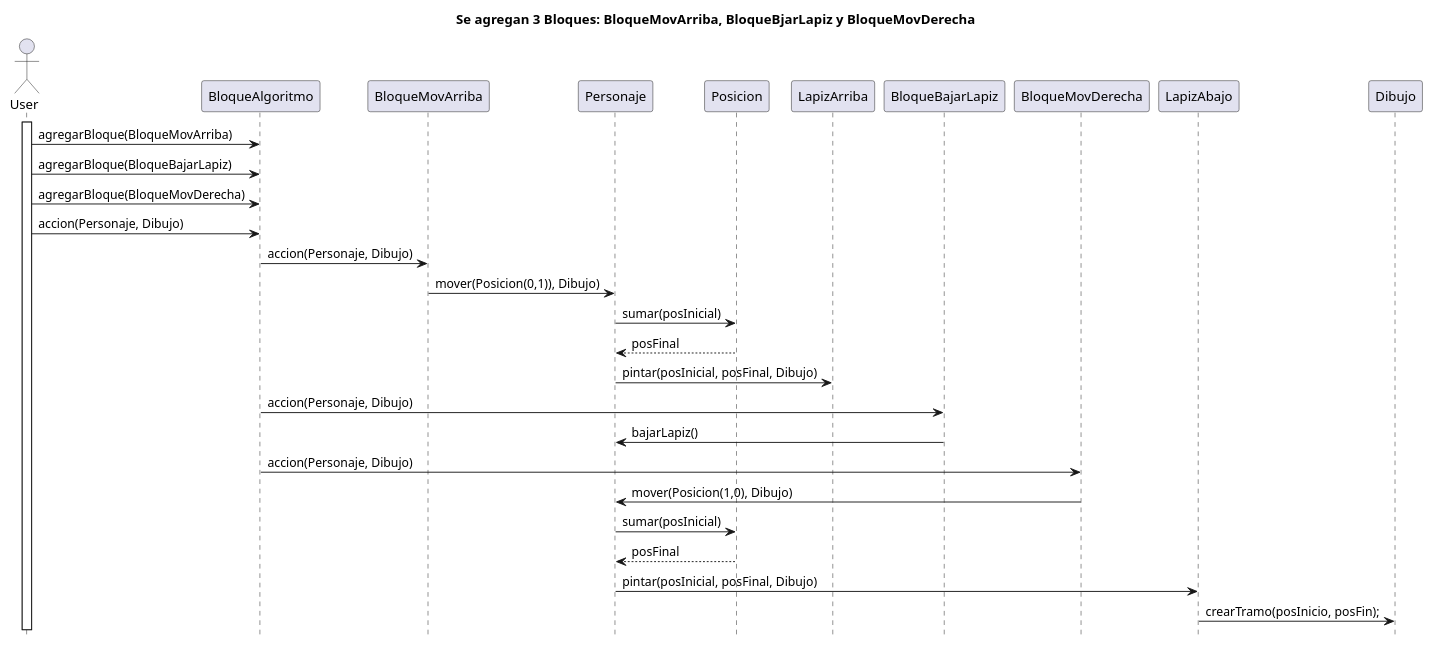
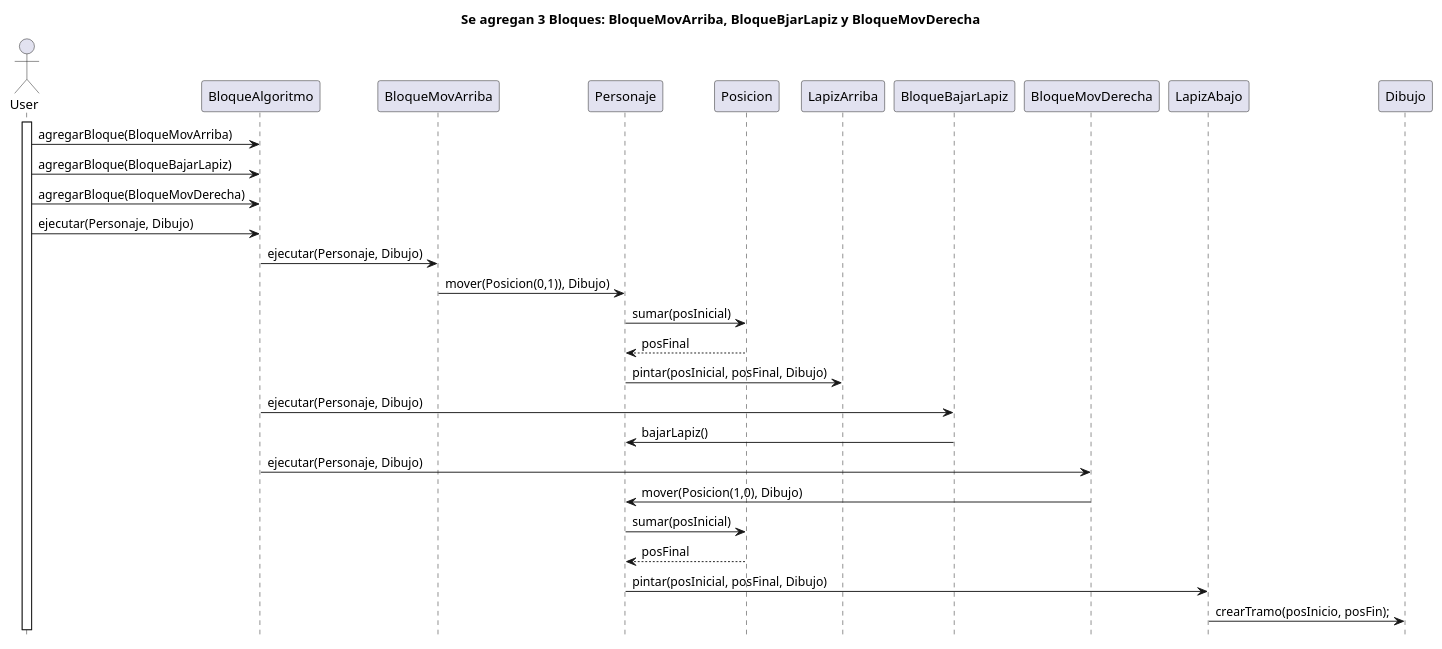
Before and after one commit to alopezbizon/T2-ALGO3-TP2: the diagram in src/main/java/edu/fiuba/algo3/diagramas/DiagramaDeSecuenciaBloqueAlgoritmo_ConMovArribaBajarLapizYMovDerecha.puml, drawn with PlantUML. The commit also changed 33 other files, not shown here.

Commit message:
Refactor: rename de métodos de Bloques, Posición y Tramo + actualización de diagramas UML.

```diff
--- a/src/main/java/edu/fiuba/algo3/diagramas/DiagramaDeSecuenciaBloqueAlgoritmo_ConMovArribaBajarLapizYMovDerecha.puml
+++ b/src/main/java/edu/fiuba/algo3/diagramas/DiagramaDeSecuenciaBloqueAlgoritmo_ConMovArribaBajarLapizYMovDerecha.puml
@@ -1,31 +1,31 @@
 @startuml
 title Se agregan 3 Bloques: BloqueMovArriba, BloqueBjarLapiz y BloqueMovDerecha
 
 actor User
 activate User
 User -> BloqueAlgoritmo: agregarBloque(BloqueMovArriba)
 User -> BloqueAlgoritmo: agregarBloque(BloqueBajarLapiz)
 User -> BloqueAlgoritmo: agregarBloque(BloqueMovDerecha)
 
-User -> BloqueAlgoritmo: accion(Personaje, Dibujo)
+User -> BloqueAlgoritmo: ejecutar(Personaje, Dibujo)
 
-BloqueAlgoritmo -> BloqueMovArriba:accion(Personaje, Dibujo)
+BloqueAlgoritmo -> BloqueMovArriba:ejecutar(Personaje, Dibujo)
 BloqueMovArriba -> Personaje : mover(Posicion(0,1)), Dibujo)
 
 Personaje -> Posicion : sumar(posInicial)
 Personaje<-- Posicion : posFinal
 Personaje -> LapizArriba : pintar(posInicial, posFinal, Dibujo)
 
-BloqueAlgoritmo -> BloqueBajarLapiz: accion(Personaje, Dibujo)
+BloqueAlgoritmo -> BloqueBajarLapiz: ejecutar(Personaje, Dibujo)
 BloqueBajarLapiz -> Personaje : bajarLapiz()
 
-BloqueAlgoritmo -> BloqueMovDerecha : accion(Personaje, Dibujo)
+BloqueAlgoritmo -> BloqueMovDerecha : ejecutar(Personaje, Dibujo)
 BloqueMovDerecha -> Personaje : mover(Posicion(1,0), Dibujo)
 
 Personaje -> Posicion : sumar(posInicial)
 Personaje<-- Posicion : posFinal
 Personaje -> LapizAbajo : pintar(posInicial, posFinal, Dibujo)
 LapizAbajo -> Dibujo : crearTramo(posInicio, posFin);
 
 hide footbox
 @enduml
```
